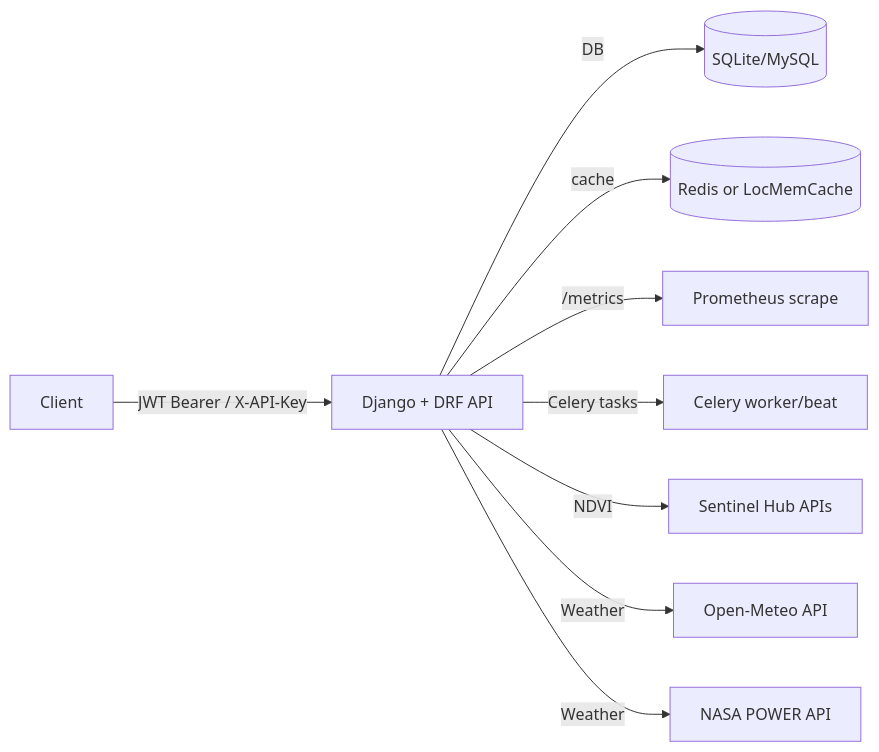
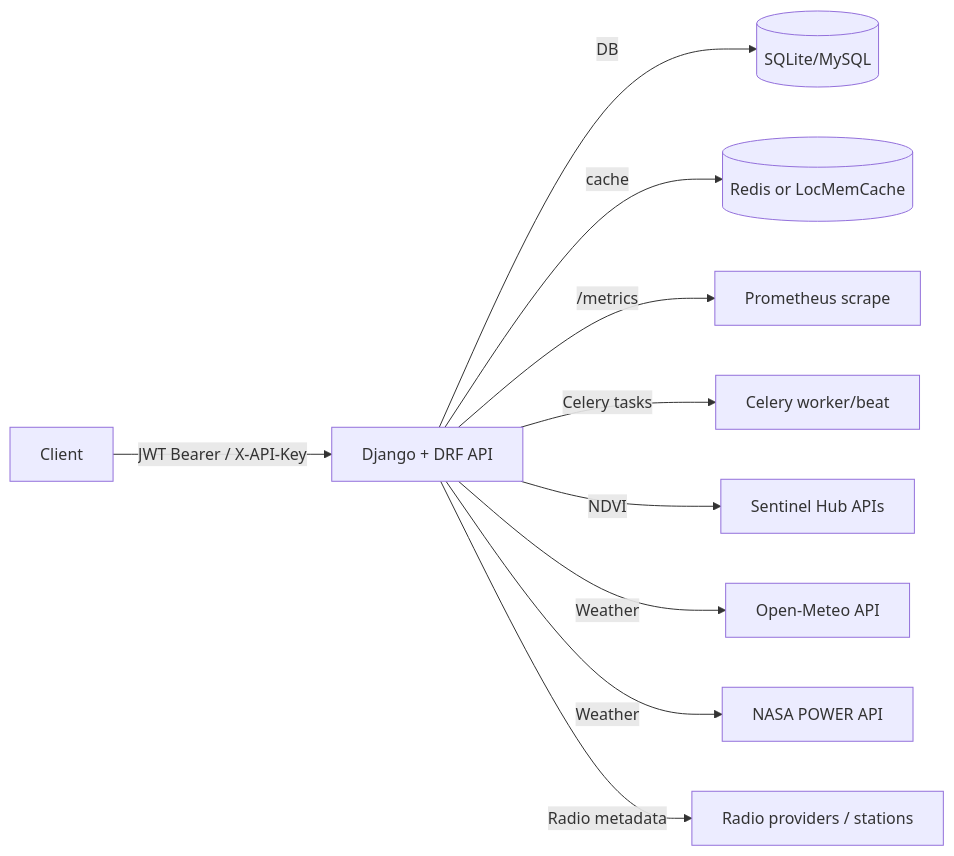
The diagram in README.md (rahim8050/Farm-Intelligence-Platform), drawn with Mermaid before and after one commit. The commit also changed other lines of this file and 6 other files, not shown here.

````diff
--- a/README.md
+++ b/README.md
@@ -26,12 +28,13 @@
 ```mermaid
 flowchart LR
   Client -->|JWT Bearer / X-API-Key| Django[Django + DRF API]
   Django -->|DB| DB[(SQLite/MySQL)]
   Django -->|cache| Cache[(Redis or LocMemCache)]
   Django -->|/metrics| Prometheus[Prometheus scrape]
   Django -->|Celery tasks| Celery[Celery worker/beat]
 
   Django -->|NDVI| Sentinel[Sentinel Hub APIs]
   Django -->|Weather| OpenMeteo[Open-Meteo API]
   Django -->|Weather| NasaPower[NASA POWER API]
+  Django -->|Radio metadata| Radio[Radio providers / stations]
 ```
````
